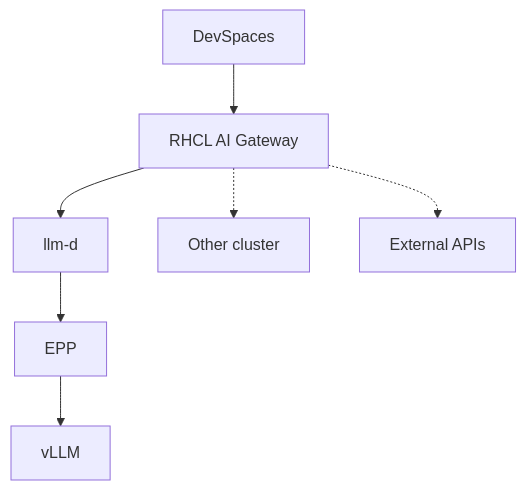
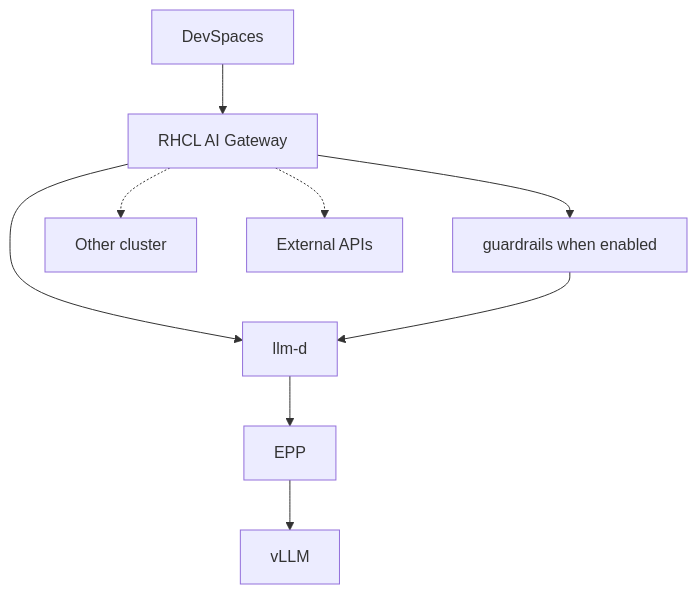
Before and after one commit to rh-ai-quickstart/private-coding-assistant: the diagram in AGENTS.md, drawn with Mermaid. The commit also changed other lines of this file and 3 other files, not shown here.

````diff
--- a/AGENTS.md
+++ b/AGENTS.md
@@ -9,16 +9,19 @@
 ```mermaid
 flowchart TD
   IDE[DevSpaces]
   RHCL[RHCL AI Gateway]
+  GR[guardrails when enabled]
   Local[llm-d]
   Other[Other cluster]
   Ext[External APIs]
   EPP[EPP]
   VLLM[vLLM]
 
   IDE --> RHCL
+  RHCL --> GR
   RHCL --> Local
+  GR --> Local
   RHCL -.-> Other
   RHCL -.-> Ext
   Local --> EPP --> VLLM
 ```
````
